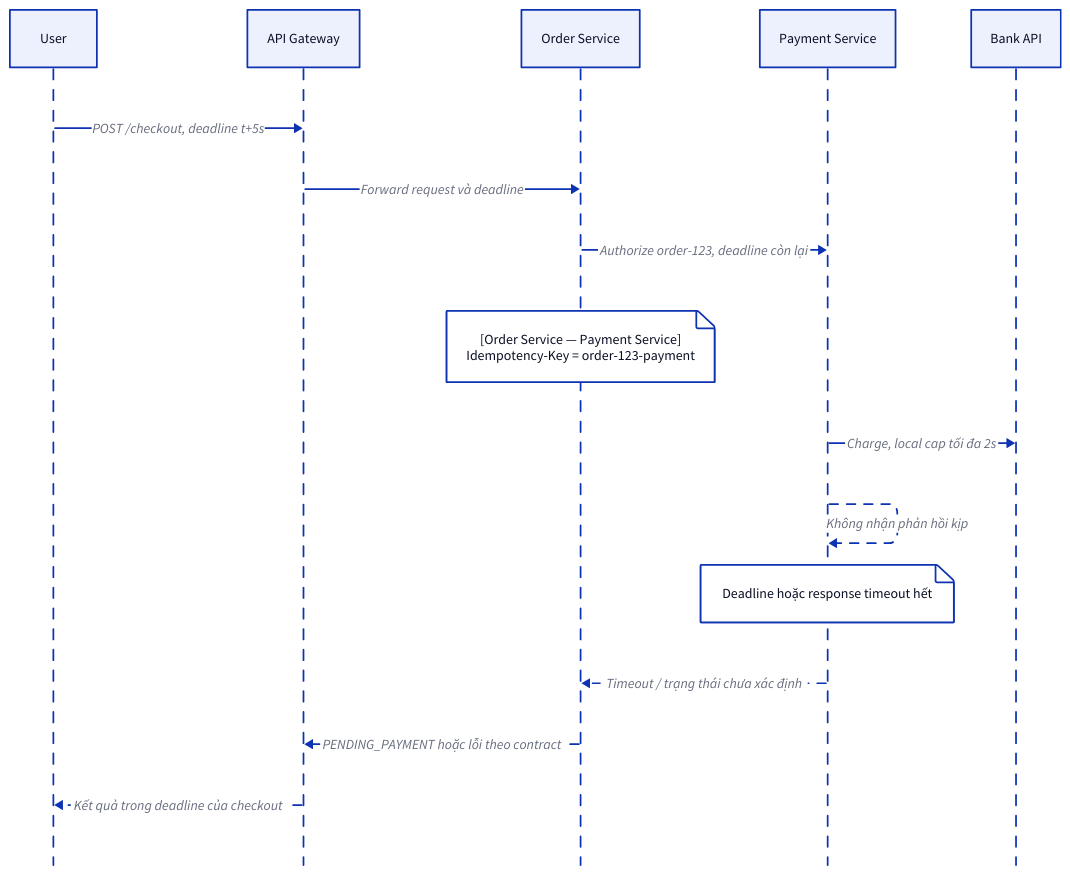
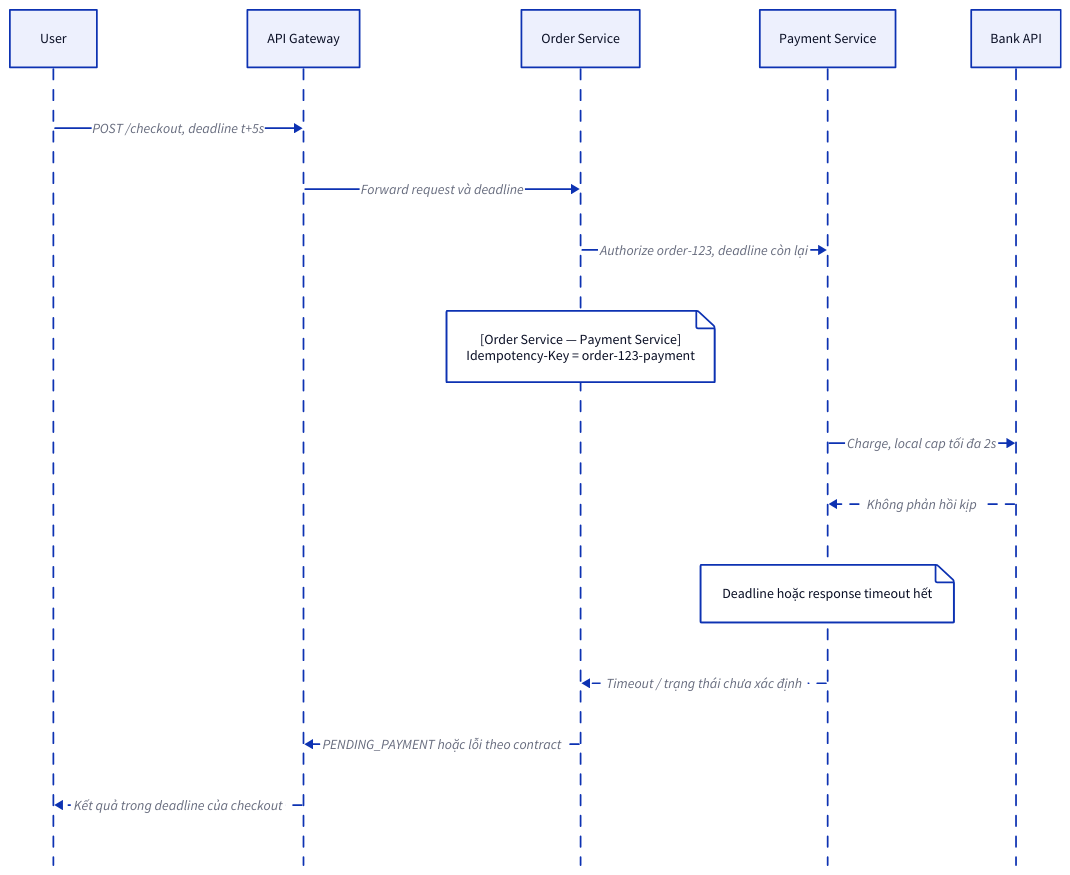
The seventh of 7 diagrams in 17-reliability-patterns/timeout.md (vanhiep99w/microservice-learn), drawn with D2 before and after one commit. The commit also changed 1 other file, not shown here.

Commit message:
revert: restore docs before D2 flow rollout

````diff
--- a/17-reliability-patterns/timeout.md
+++ b/17-reliability-patterns/timeout.md
@@ -340,18 +340,18 @@
 ```d2 title="Luồng checkout có deadline"
 shape: sequence_diagram
 "U": "User"
 "G": "API Gateway"
 "O": "Order Service"
 "P": "Payment Service"
 "B": "Bank API"
 "U" -> "G": "POST /checkout, deadline t+5s"
 "G" -> "O": "Forward request và deadline"
 "O" -> "P": "Authorize order-123, deadline còn lại"
 "O".note1: "[Order Service — Payment Service]\nIdempotency-Key = order-123-payment"
 "P" -> "B": "Charge, local cap tối đa 2s"
-"P" -> "P": "Không nhận phản hồi kịp" { style.stroke-dash: 5 }
+"B" -> "P": "Không phản hồi kịp" { style.stroke-dash: 5 }
 "P".note2: "Deadline hoặc response timeout hết"
 "P" -> "O": "Timeout / trạng thái chưa xác định" { style.stroke-dash: 5 }
 "O" -> "G": "PENDING_PAYMENT hoặc lỗi theo contract" { style.stroke-dash: 5 }
 "G" -> "U": "Kết quả trong deadline của checkout" { style.stroke-dash: 5 }
 ```
````
